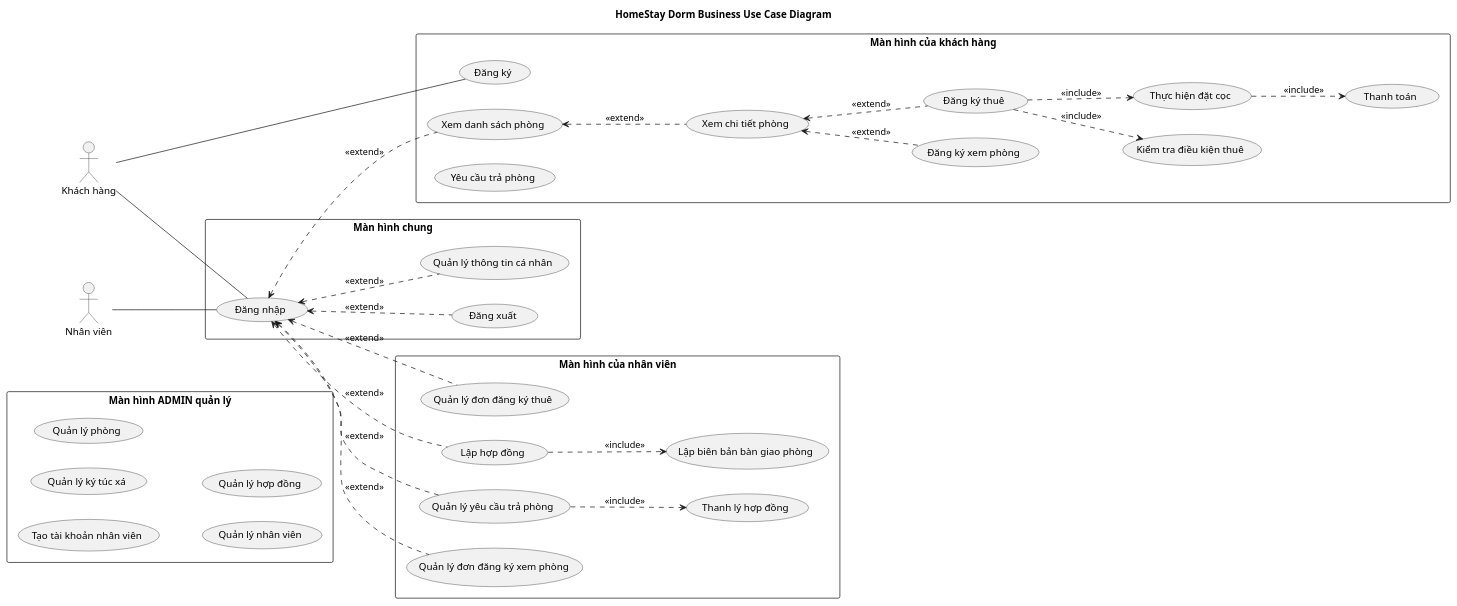
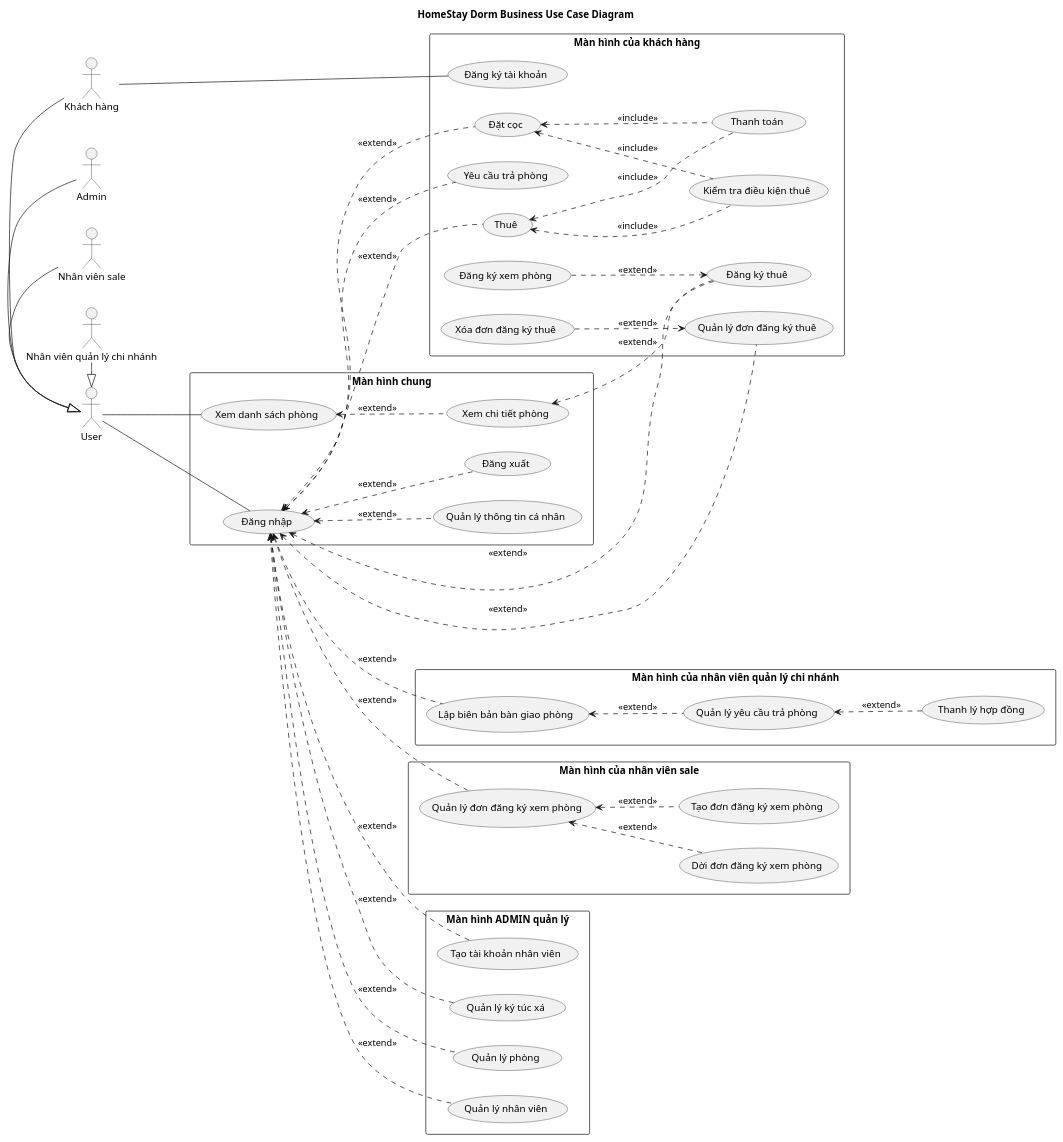
The diagram in doc/system/use-case/usecase.wsd (Gnourt812005/HCMUS-Analyze-and-desgin-IS), drawn with PlantUML before and after one commit.

Commit message:
system-uc: complete version1

```diff
--- a/doc/system/use-case/usecase.wsd
+++ b/doc/system/use-case/usecase.wsd
@@ -1,92 +1,111 @@
 @startuml BusinessUsecase
 title HomeStay Dorm Business Use Case Diagram
 skinparam packageStyle rectangle
 
 ' Direction
 left to right direction
 
 ' Define B.Actors
 actor "Khách hàng" as customer
-actor "Nhân viên" as employee
-' actor "Nhân viên sale" as employee_sale
-' actor "Nhân viên kế toán" as employee_accountant
-' actor "Nhân viên quản lý" as employee_manager
-' actor "Nhân viên phụ trách" as employee_in_charge
+actor "Nhân viên sale" as employee_sale
+actor "Nhân viên quản lý chi nhánh" as employee_manager
+actor "Admin" as admin
+actor "User" as user
 
-' Entity Managment Use-case'
+customer -|> user
+employee_sale -|> user
+employee_manager -|> user
+admin -|> user
+
+' Entity Managment Use-case'Họ và tên
 ' Admin Use-case'
-
-rectangle "Màn hình ADMIN quản lý" {
-  usecase "Tạo tài khoản nhân viên" as UC_TaoTaiKhoanNhanVien
-  usecase "Quản lý ký túc xá" as UC_QuanLyKyTucXa
-  usecase "Quản lý phòng" as UC_QuanLyPhong
-  usecase "Quản lý nhân viên" as UC_QuanLyNhanVien
-  usecase "Quản lý hợp đồng" as UC_QuanLyHopDong
-}
 
 rectangle "Màn hình chung" {
   usecase "Đăng nhập" as UC_DangNhap
   usecase "Đăng xuất" as UC_DangXuat
   usecase "Quản lý thông tin cá nhân" as UC_QuanLyThongTinCaNhan
+  usecase "Xem danh sách phòng" as UC_XemDanhSachPhong
+  usecase "Xem chi tiết phòng" as UC_XemChiTietPhong
+
+  user -- UC_DangNhap
+  UC_DangNhap <.. UC_DangXuat: <<extend>>
+  UC_DangNhap <.. UC_QuanLyThongTinCaNhan: <<extend>>
+  user -- UC_XemDanhSachPhong
+  UC_XemDanhSachPhong <.. UC_XemChiTietPhong: <<extend>>
 }
 
-' Admin sub-system'
-rectangle "Màn hình của nhân viên" {
-  usecase "Quản lý đơn đăng ký xem phòng" as UC_QuanLyDonDangKyXemPhong
-  usecase "Quản lý đơn đăng ký thuê" as UC_QuanLyDonDangKyThue
-  usecase "Lập hợp đồng" as UC_LapHopDong
+rectangle "Màn hình của nhân viên quản lý chi nhánh" {
   usecase "Lập biên bản bàn giao phòng" as UC_LapBienBanBanGiaoPhong
   usecase "Quản lý yêu cầu trả phòng" as UC_QuanLyYeuCauTraPhong
-  usecase "Thanh lý hợp đồng" as UC_ThanhLyHopDong
+  usecase "Thanh lý hợp đồng" as UC_ThanhLyHopDong  
 
-  employee -- UC_DangNhap
-  UC_DangNhap <.. UC_QuanLyDonDangKyXemPhong : <<extend>>
-  UC_DangNhap <.. UC_QuanLyDonDangKyThue : <<extend>>
-  UC_DangNhap <.. UC_LapHopDong : <<extend>>
-  UC_LapHopDong ..> UC_LapBienBanBanGiaoPhong : <<include>>
-  UC_DangNhap <.. UC_QuanLyYeuCauTraPhong : <<extend>>
-  UC_QuanLyYeuCauTraPhong ..> UC_ThanhLyHopDong : <<include>>
+  UC_DangNhap <.. UC_LapBienBanBanGiaoPhong: <<extend>>
+  UC_LapBienBanBanGiaoPhong <.. UC_QuanLyYeuCauTraPhong: <<extend>>
+  UC_QuanLyYeuCauTraPhong <.. UC_ThanhLyHopDong: <<extend>>
+}
+
+rectangle "Màn hình của nhân viên sale" {
+  usecase "Quản lý đơn đăng ký xem phòng" as UC_QuanLyDonDangKyXemPhong
+  usecase "Dời đơn đăng ký xem phòng" as UC_DoiDonDangKyXemPhong
+  usecase "Tạo đơn đăng ký xem phòng" as UC_TaoDonDangKyXemPhong
+
+  UC_DangNhap <.. UC_QuanLyDonDangKyXemPhong: <<extend>>
+  UC_QuanLyDonDangKyXemPhong <.. UC_DoiDonDangKyXemPhong: <<extend>>
+  UC_QuanLyDonDangKyXemPhong <.. UC_TaoDonDangKyXemPhong: <<extend>>
 }
 
 ' Customer sub-system'
 rectangle "Màn hình của khách hàng" {
-  usecase "Đăng ký" as UC_DangKy
-  usecase "Xem danh sách phòng" as UC_XemDanhSachPhong
-  usecase "Xem chi tiết phòng" as UC_XemChiTietPhong
-
+  usecase "Đăng ký tài khoản" as UC_DangKy
   usecase "Đăng ký xem phòng" as UC_DangKyXemPhong
 
   usecase "Đăng ký thuê" as UC_DangKyThue
+  usecase "Quản lý đơn đăng ký thuê" as UC_QuanLyDonDangKyThue
+  usecase "Xóa đơn đăng ký thuê" as UC_XoaDonDangKyThue
+
+  usecase "Đặt cọc" as UC_DatCoc
   usecase "Kiểm tra điều kiện thuê" as UC_KiemTraDieuKienThue
 
-  usecase "Thực hiện đặt cọc" as UC_ThucHienDatCoc
+  usecase "Yêu cầu trả phòng" as UC_YeuCauTraPhong
+  usecase "Thanh toán" as UC_ThanhToan
 
-  usecase "Yêu cầu trả phòng" as UC_YeuCauTraPhong
+  usecase "Thuê" as UC_Thue
 
-  usecase "Thanh toán" as UC_ThanhToan
   customer -- UC_DangKy
-  customer -- UC_DangNhap
-
-  UC_DangNhap <.. UC_QuanLyThongTinCaNhan : <<extend>>
-  UC_DangNhap <.. UC_DangXuat : <<extend>>
-  UC_DangNhap <.. UC_XemDanhSachPhong : <<extend>>
-
-  UC_XemDanhSachPhong <.. UC_XemChiTietPhong : <<extend>>
-  UC_XemChiTietPhong <.. UC_DangKyXemPhong : <<extend>>
 
   UC_XemChiTietPhong <.. UC_DangKyThue : <<extend>>
-  
-  UC_DangKyThue ..> UC_KiemTraDieuKienThue : <<include>>
-  UC_DangKyThue ..> UC_ThucHienDatCoc : <<include>>
+  UC_DangNhap <.. UC_DangKyThue: <<extend>>
+  UC_DangKyXemPhong ..> UC_DangKyThue: <<extend>>
+  UC_DangNhap <.. UC_QuanLyDonDangKyThue: <<extend>>
+  UC_XoaDonDangKyThue ..> UC_QuanLyDonDangKyThue: <<extend>>
 
-  UC_ThucHienDatCoc ..> UC_ThanhToan : <<include>>
+  UC_DangNhap <.. UC_DatCoc: <<extend>>
+  UC_DatCoc <.. UC_KiemTraDieuKienThue: <<include>>
+  UC_DatCoc <.. UC_ThanhToan: <<include>>
 
+  UC_DangNhap <.. UC_Thue: <<extend>>
+  UC_Thue <.. UC_ThanhToan: <<include>>
+  UC_Thue <.. UC_KiemTraDieuKienThue: <<include>>
+
+  UC_DangNhap <.. UC_YeuCauTraPhong: <<extend>>
 }
 
 ' usecase "Xử lý nhận phòng" as UC_XuLyNhanPhong
 
 ' usecase "Tính khoản hoàn cọc và khấu trừ" as UC_TinhHoanCocKhauTru
 
 ' Actor - Main Use Cases Associations
 
+rectangle "Màn hình ADMIN quản lý" {
+  usecase "Tạo tài khoản nhân viên" as UC_TaoTaiKhoanNhanVien
+  usecase "Quản lý ký túc xá" as UC_QuanLyKyTucXa
+  usecase "Quản lý phòng" as UC_QuanLyPhong
+  usecase "Quản lý nhân viên" as UC_QuanLyNhanVien
+
+  UC_DangNhap <.. UC_TaoTaiKhoanNhanVien: <<extend>>
+  UC_DangNhap <.. UC_QuanLyKyTucXa: <<extend>>
+  UC_DangNhap <.. UC_QuanLyPhong: <<extend>>
+  UC_DangNhap <.. UC_QuanLyNhanVien: <<extend>>
+}
+
 @enduml
```
